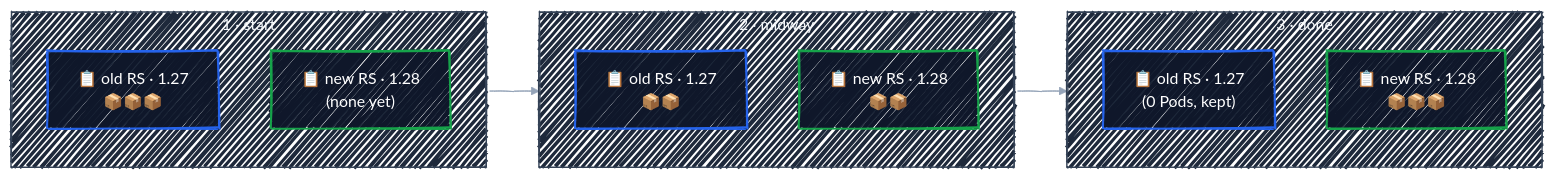
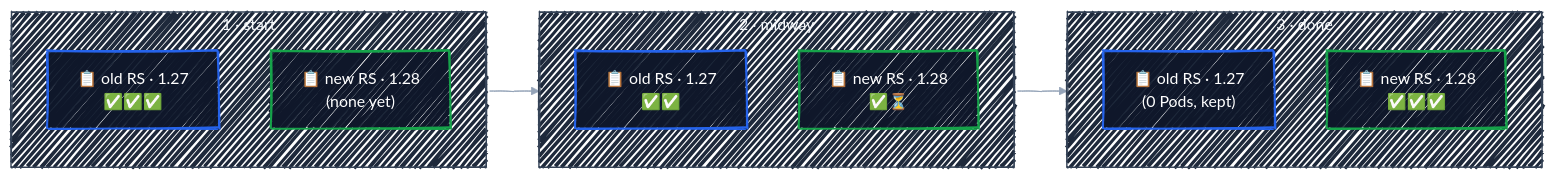
One commit to r97221004/k8s-tutorial changed the second of 2 diagrams in docs/replicasets-deployments/introduction-to-deployments.md. Above: the diagram before and after it, drawn with Mermaid. The commit also changed other lines of this file, not shown here.

Commit message:
docs: show ready and starting Pods in the rolling update diagram
Mark Pods in the rollout diagram as ready or still starting, so the
midway stage reads as four Pods with three ready rather than four
serving. Add a note explaining the extra Pod and why fewer than three
are never serving.

````diff
--- a/docs/replicasets-deployments/introduction-to-deployments.md
+++ b/docs/replicasets-deployments/introduction-to-deployments.md
@@ -97,39 +97,39 @@
 ```mermaid
 ---
 config:
   look: handDrawn
   theme: default
   themeVariables:
     fontFamily: '"Comic Sans MS", "Comic Sans", "Segoe Print", "Bradley Hand", cursive'
     lineColor: '#94A3B8'
     edgeLabelBackground: '#475569'
   themeCSS: |
     .edgeLabel, .edgeLabel p, .edgeLabel span { color: #FFFFFF !important; }
 ---
 flowchart LR
     subgraph s1["1 · start"]
         direction TB
-        a1["📋 old RS · 1.27<br/>📦📦📦"]
+        a1["📋 old RS · 1.27<br/>✅✅✅"]
         b1["📋 new RS · 1.28<br/>(none yet)"]
     end
     subgraph s2["2 · midway"]
         direction TB
-        a2["📋 old RS · 1.27<br/>📦📦"]
-        b2["📋 new RS · 1.28<br/>📦📦"]
+        a2["📋 old RS · 1.27<br/>✅✅"]
+        b2["📋 new RS · 1.28<br/>✅⏳"]
     end
     subgraph s3["3 · done"]
         direction TB
         a3["📋 old RS · 1.27<br/>(0 Pods, kept)"]
-        b3["📋 new RS · 1.28<br/>📦📦📦"]
+        b3["📋 new RS · 1.28<br/>✅✅✅"]
     end
     s1 --> s2 --> s3
 
     classDef ctrl fill:#0F172A,stroke:#2563EB,stroke-width:2px,color:#FFFFFF
     classDef tgt fill:#0F172A,stroke:#16A34A,stroke-width:2px,color:#FFFFFF
     class a1,a2,a3 ctrl
     class b1,b2,b3 tgt
 
     style s1 fill:#1E293B,stroke:#334155,color:#F1F5F9,fillStyle:solid
     style s2 fill:#1E293B,stroke:#334155,color:#F1F5F9,fillStyle:solid
     style s3 fill:#1E293B,stroke:#334155,color:#F1F5F9,fillStyle:solid
 ```
````
